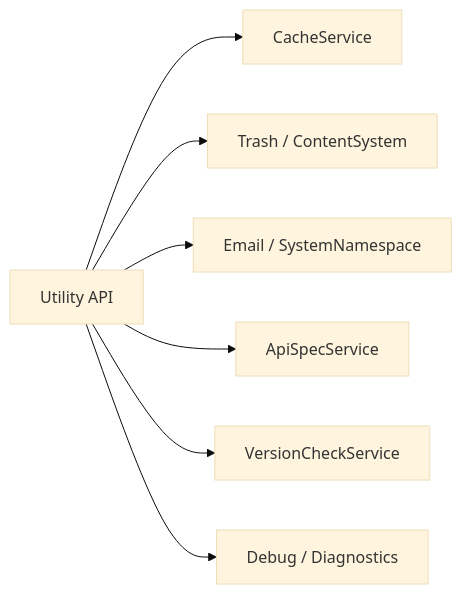
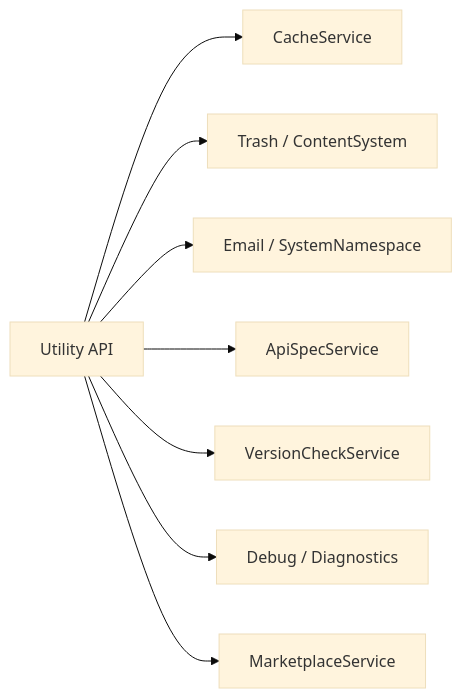
One commit to SveltyCMS/SveltyCMS changed the diagram in docs/reference/api/utility.mdx. Above: the diagram before and after it, drawn with Mermaid (base theme). The commit also changed other lines of this file and 41 other files, not shown here.

````diff
--- a/docs/reference/api/utility.mdx
+++ b/docs/reference/api/utility.mdx
@@ -161,9 +185,10 @@
 ```mermaid
 graph LR
     A[Utility API] --> B[CacheService]
     A --> C[Trash / ContentSystem]
     A --> D[Email / SystemNamespace]
     A --> E[ApiSpecService]
     A --> F[VersionCheckService]
     A --> G[Debug / Diagnostics]
+    A --> H[MarketplaceService]
 ```
````
